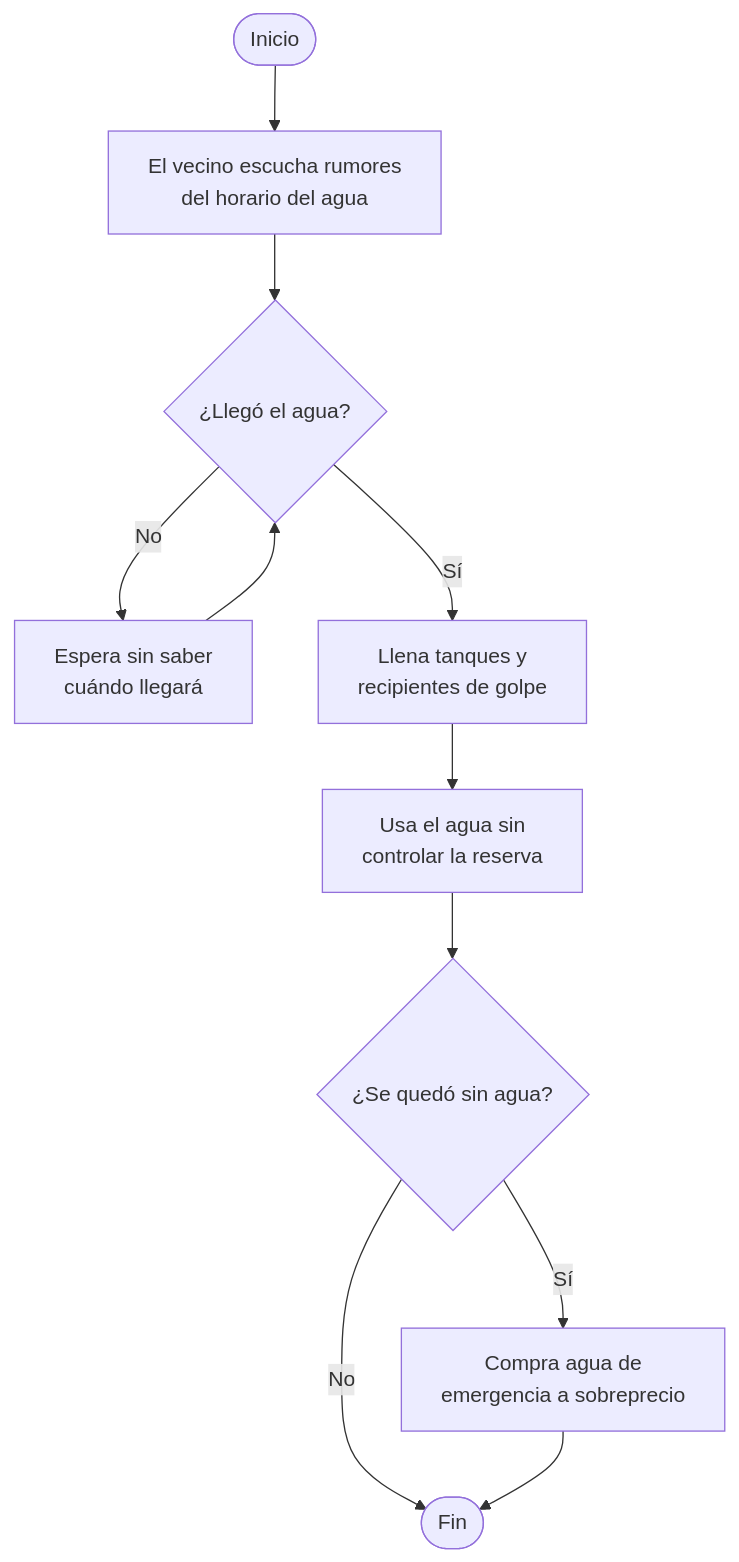
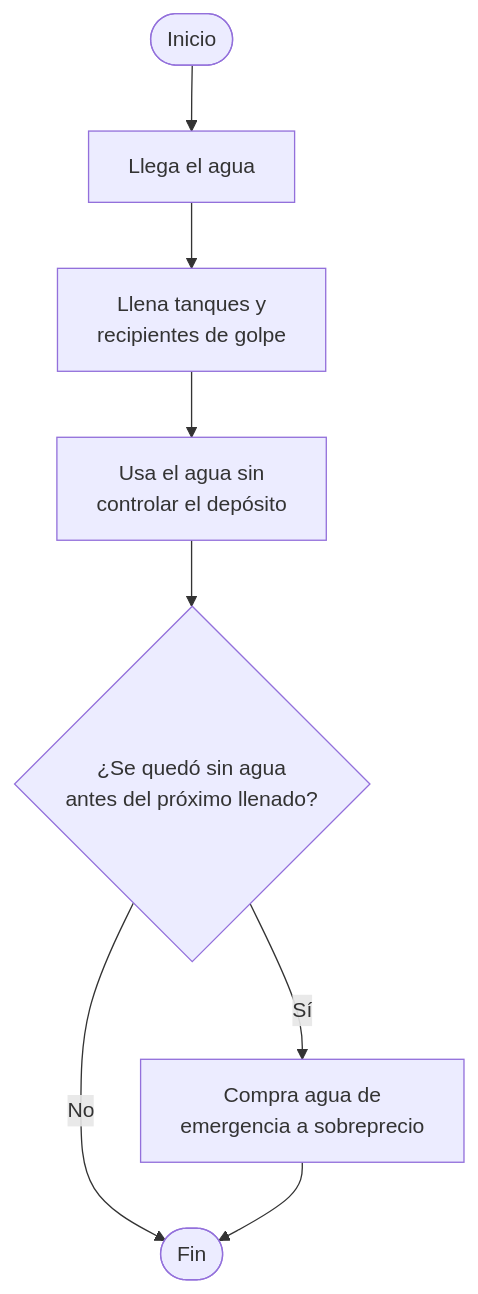
One commit to IkerASierraR/AguardApp changed the second of 9 diagrams in informes/FD03-SRS.md. Above: the diagram before and after it, drawn with Mermaid. The commit also changed other lines of this file and 2 other files, not shown here.

````diff
--- a/informes/FD03-SRS.md
+++ b/informes/FD03-SRS.md
@@ -109,13 +108,10 @@
 ```mermaid
 flowchart TD
-    A([Inicio]) --> B["El vecino escucha rumores<br/>del horario del agua"]
-    B --> C{"¿Llegó el agua?"}
-    C -- No --> D["Espera sin saber<br/>cuándo llegará"]
-    D --> C
-    C -- Sí --> E["Llena tanques y<br/>recipientes de golpe"]
-    E --> F["Usa el agua sin<br/>controlar la reserva"]
-    F --> G{"¿Se quedó sin agua?"}
-    G -- Sí --> H["Compra agua de<br/>emergencia a sobreprecio"]
-    G -- No --> Z([Fin])
-    H --> Z
+    A([Inicio]) --> B["Llega el agua"]
+    B --> C["Llena tanques y<br/>recipientes de golpe"]
+    C --> D["Usa el agua sin<br/>controlar el depósito"]
+    D --> E{"¿Se quedó sin agua<br/>antes del próximo llenado?"}
+    E -- Sí --> F["Compra agua de<br/>emergencia a sobreprecio"]
+    E -- No --> Z([Fin])
+    F --> Z
 ```
````
